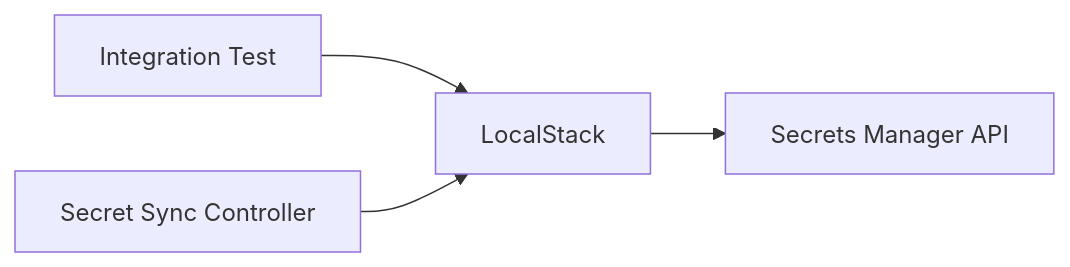
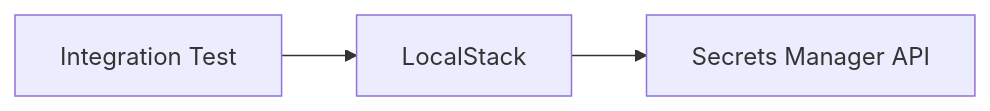
One commit to ukfungr/secret-sync-operator changed the fifth of 8 diagrams in README.md. Above: the diagram before and after it, drawn with Mermaid. The commit also changed other lines of this file, not shown here.

````diff
--- a/README.md
+++ b/README.md
@@ -375,6 +507,5 @@
 ```mermaid
 flowchart LR
     Test["Integration Test"] --> LS["LocalStack"]
-    Controller["Secret Sync Controller"] --> LS
     LS --> SM["Secrets Manager API"]
 ```
````
